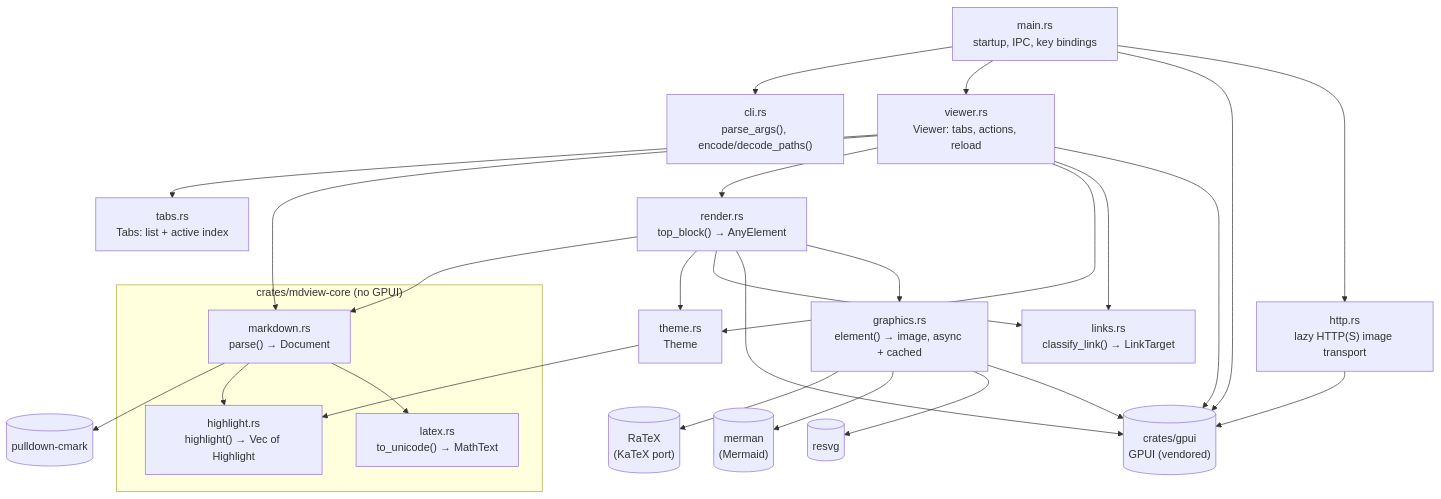
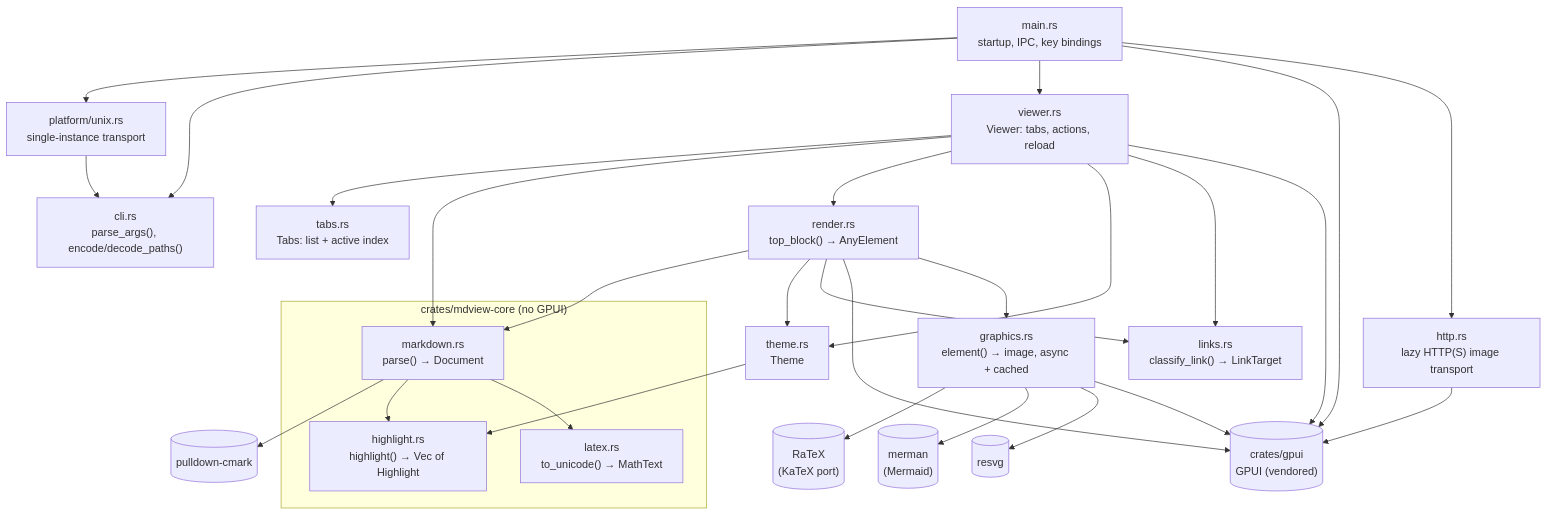
The first of 5 diagrams in docs/architecture.md (JorgeAgar/markdown-viewer-zed), drawn with Mermaid before and after one commit. The commit also changed other lines of this file and 12 other files, not shown here.

First line of the commit message:
Extract platform IPC and prepare native release jobs

````diff
--- a/docs/architecture.md
+++ b/docs/architecture.md
@@ -30,47 +31,50 @@
 ```mermaid
 flowchart TD
     main["main.rs<br/>startup, IPC, key bindings"]
     cli["cli.rs<br/>parse_args(), encode/decode_paths()"]
     viewer["viewer.rs<br/>Viewer: tabs, actions, reload"]
     tabs["tabs.rs<br/>Tabs: list + active index"]
     subgraph core["crates/mdview-core (no GPUI)"]
         markdown["markdown.rs<br/>parse() → Document"]
         highlight["highlight.rs<br/>highlight() → Vec of Highlight"]
         latex["latex.rs<br/>to_unicode() → MathText"]
     end
     graphics["graphics.rs<br/>element() → image, async + cached"]
     ratex[("RaTeX<br/>(KaTeX port)")]
     merman[("merman<br/>(Mermaid)")]
     resvg[("resvg")]
     render["render.rs<br/>top_block() → AnyElement"]
     links["links.rs<br/>classify_link() → LinkTarget"]
     theme["theme.rs<br/>Theme"]
     gpui[("crates/gpui<br/>GPUI (vendored)")]
     cmark[("pulldown-cmark")]
 
+    ipc["platform/unix.rs<br/>single-instance transport"]
+    main --> ipc
+    ipc --> cli
     main --> cli
     main --> viewer
     viewer --> tabs
     main --> gpui
     viewer --> markdown
     viewer --> render
     viewer --> theme
     render --> markdown
     render --> theme
     render --> links
     viewer --> links
     http["http.rs<br/>lazy HTTP(S) image transport"]
     main --> http
     http --> gpui
     render --> gpui
     viewer --> gpui
     markdown --> cmark
     markdown --> highlight
     markdown --> latex
     theme --> highlight
     render --> graphics
     graphics --> ratex
     graphics --> merman
     graphics --> resvg
     graphics --> gpui
 ```
````
